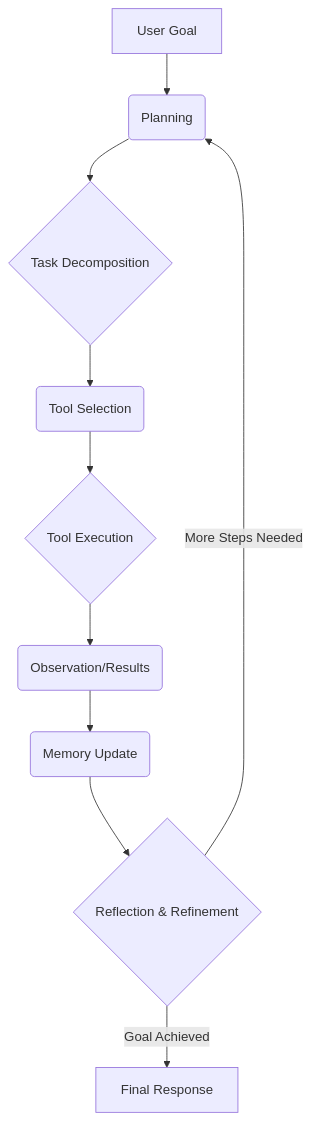
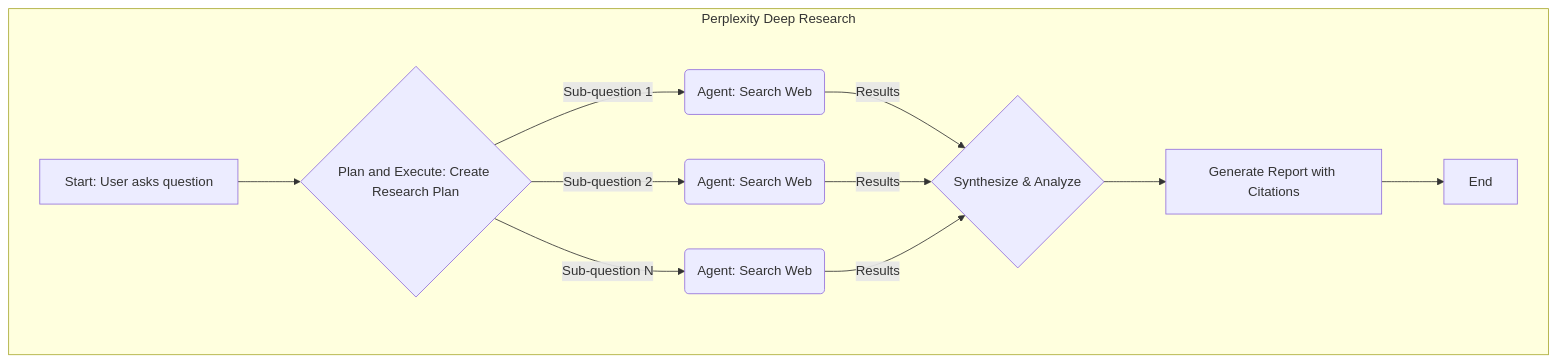
The fifth of 5 diagrams in lessons/02_workflows_vs_agents/article.md (shoaibkhanz/agentic-ai-engineering-course), drawn with Mermaid before and after one commit. The commit also changed other lines of this file and 4 other files, not shown here.

````diff
--- a/lessons/02_workflows_vs_agents/article.md
+++ b/lessons/02_workflows_vs_agents/article.md
@@ -110,12 +133,14 @@
 ```mermaid
 graph TD
-    A[User Goal] --> B(Planning);
-    B --> C{Task Decomposition};
-    C --> D(Tool Selection);
-    D --> E{Tool Execution};
-    E --> F(Observation/Results);
-    F --> G(Memory Update);
-    G --> H{Reflection & Refinement};
-    H -- Goal Achieved --> I[Final Response];
-    H -- More Steps Needed --> B;
+    subgraph Perplexity Deep Research
+        A[Start: User asks question] --> B{Plan and Execute: Create Research Plan};
+        B -- Sub-question 1 --> C1(Agent: Search Web);
+        B -- Sub-question 2 --> C2(Agent: Search Web);
+        B -- Sub-question N --> C3(Agent: Search Web);
+        C1 -- Results --> D{Synthesize & Analyze};
+        C2 -- Results --> D;
+        C3 -- Results --> D;
+        D --> E[Generate Report with Citations];
+        E --> F[End];
+    end
 ```
````
